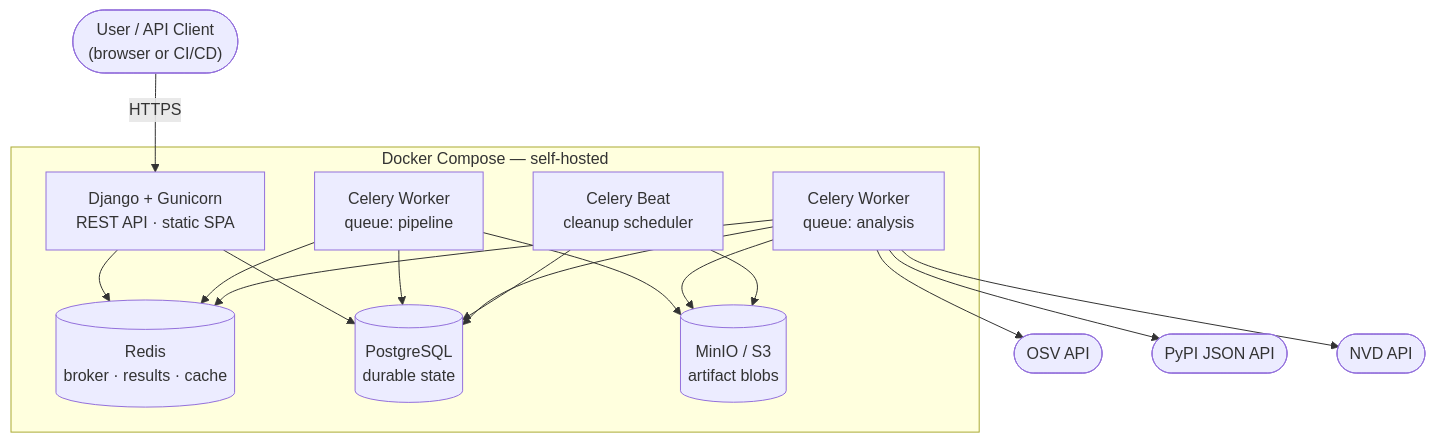
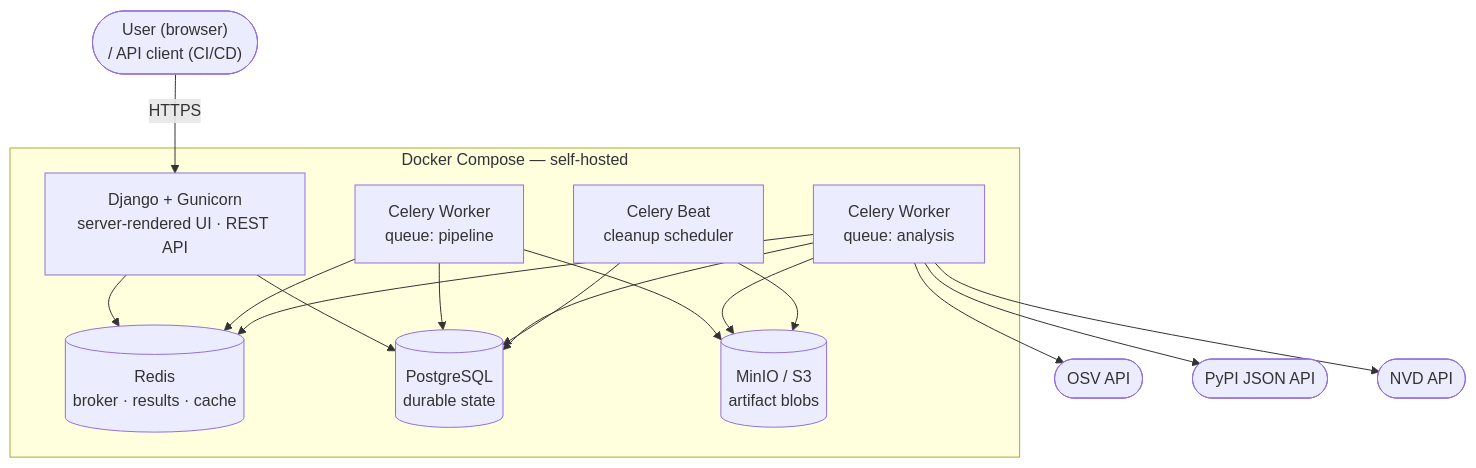
One commit to millsks/django-python-generate-sbom changed the second of 4 diagrams in _bmad-output/planning-artifacts/architecture/architecture-django-python-generate-sbom-2026-07-03/ARCHITECTURE-SPINE.md. Above: the diagram before and after it, drawn with Mermaid. The commit also changed other lines of this file and 4 other files, not shown here.

````diff
--- a/_bmad-output/planning-artifacts/architecture/architecture-django-python-generate-sbom-2026-07-03/ARCHITECTURE-SPINE.md
+++ b/_bmad-output/planning-artifacts/architecture/architecture-django-python-generate-sbom-2026-07-03/ARCHITECTURE-SPINE.md
@@ -242,33 +297,33 @@
 ```mermaid
 graph TB
-    user(["User / API Client<br/>(browser or CI/CD)"])
+    user(["User (browser)<br/>/ API client (CI/CD)"])
 
     subgraph compose["Docker Compose — self-hosted"]
-        web["Django + Gunicorn<br/>REST API · static SPA"]
+        web["Django + Gunicorn<br/>server-rendered UI · REST API"]
         worker_p["Celery Worker<br/>queue: pipeline"]
         worker_a["Celery Worker<br/>queue: analysis"]
         beat["Celery Beat<br/>cleanup scheduler"]
         redis[("Redis<br/>broker · results · cache")]
         postgres[("PostgreSQL<br/>durable state")]
         minio[("MinIO / S3<br/>artifact blobs")]
     end
 
     osv(["OSV API"])
     pypi_api(["PyPI JSON API"])
     nvd(["NVD API"])
 
     user -->|"HTTPS"| web
     web --> postgres
     web --> redis
     worker_p --> redis
     worker_p --> postgres
     worker_p --> minio
     worker_a --> redis
     worker_a --> postgres
     worker_a --> minio
     worker_a --> osv
     worker_a --> pypi_api
     worker_a --> nvd
     beat --> postgres
     beat --> minio
 ```
````
